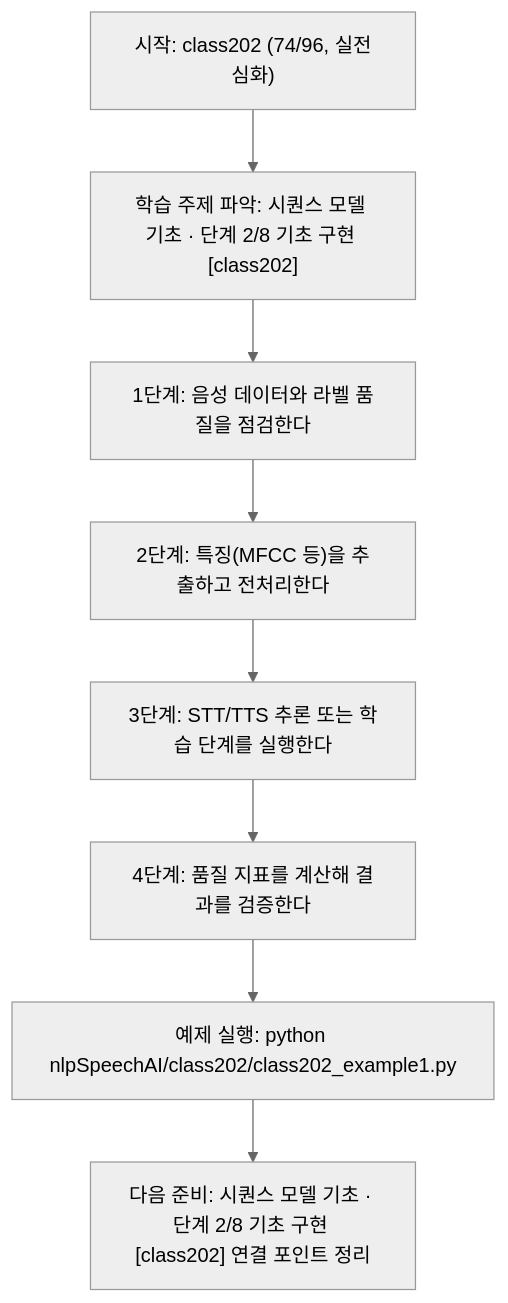
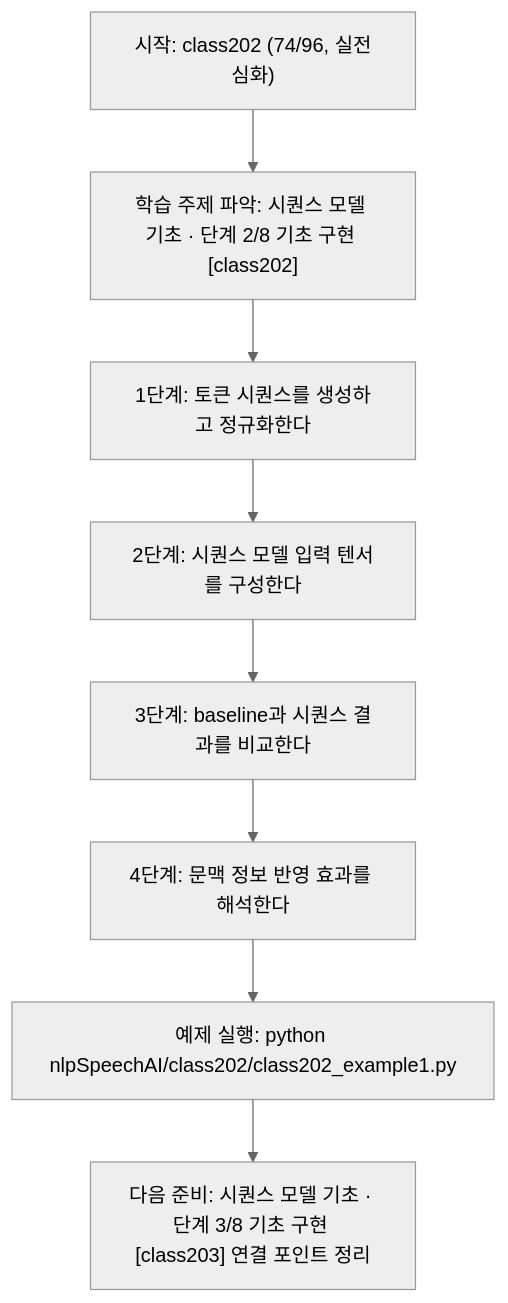
Before and after one commit to edumgt/Python-AI_Agent-Class: the diagram in nlpSpeechAI/class202/class202.md, drawn with Mermaid (neutral theme). The commit also changed other lines of this file and 1122 other files, not shown here.

````diff
--- a/nlpSpeechAI/class202/class202.md
+++ b/nlpSpeechAI/class202/class202.md
@@ -114,18 +95,18 @@
 ```mermaid
 flowchart TD
 N1["시작: class202 (74/96, 실전심화)"]
 N2["학습 주제 파악: 시퀀스 모델 기초 · 단계 2/8 기초 구현 [class202]"]
-N3["1단계: 음성 데이터와 라벨 품질을 점검한다"]
-N4["2단계: 특징(MFCC 등)을 추출하고 전처리한다"]
-N5["3단계: STT/TTS 추론 또는 학습 단계를 실행한다"]
-N6["4단계: 품질 지표를 계산해 결과를 검증한다"]
+N3["1단계: 토큰 시퀀스를 생성하고 정규화한다"]
+N4["2단계: 시퀀스 모델 입력 텐서를 구성한다"]
+N5["3단계: baseline과 시퀀스 결과를 비교한다"]
+N6["4단계: 문맥 정보 반영 효과를 해석한다"]
 N7["예제 실행: python nlpSpeechAI/class202/class202_example1.py"]
-N8["다음 준비: 시퀀스 모델 기초 · 단계 2/8 기초 구현 [class202] 연결 포인트 정리"]
+N8["다음 준비: 시퀀스 모델 기초 · 단계 3/8 기초 구현 [class203] 연결 포인트 정리"]
 N1 --> N2
 N2 --> N3
 N3 --> N4
 N4 --> N5
 N5 --> N6
 N6 --> N7
 N7 --> N8
 ```
````
